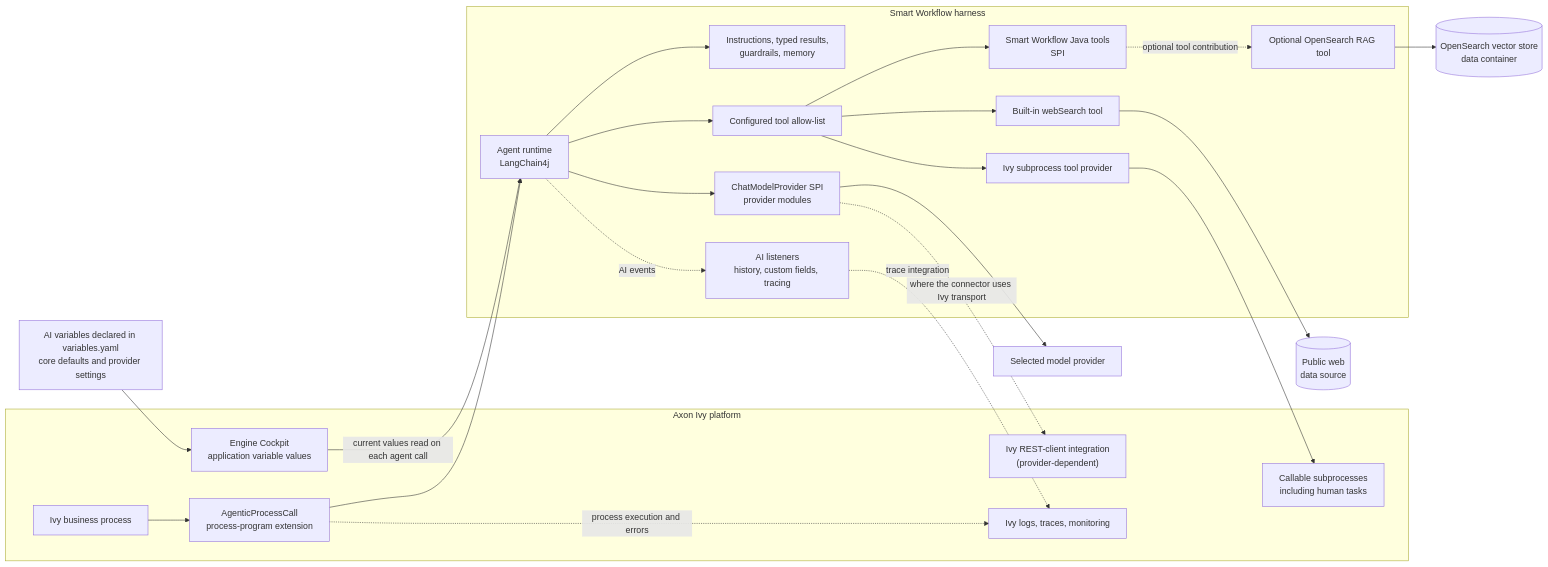
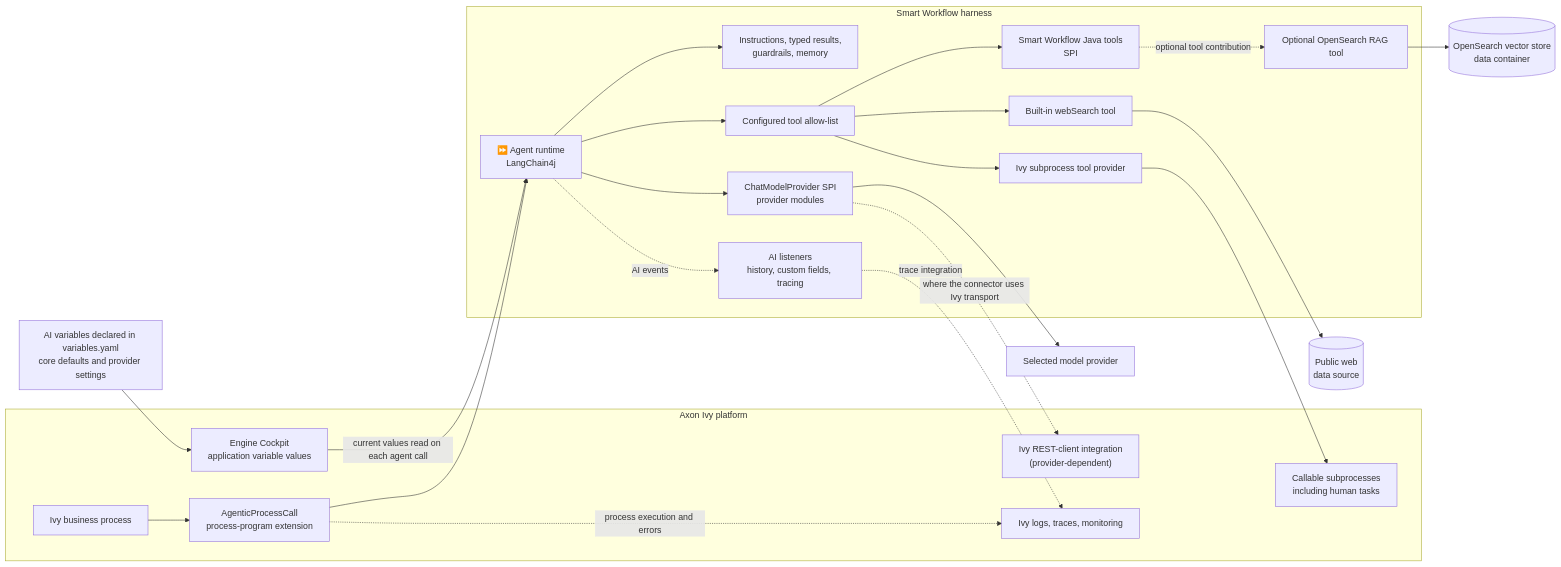
One commit to axonivy-market/smart-workflow changed the first of 5 diagrams in doc/dev/architecture/integration.md. Above: the diagram before and after it, drawn with Mermaid. The commit also changed other lines of this file, not shown here.

````diff
--- a/doc/dev/architecture/integration.md
+++ b/doc/dev/architecture/integration.md
@@ -33,42 +33,42 @@
 ```mermaid
 flowchart LR
   subgraph Ivy["Axon Ivy platform"]
     Process["Ivy business process"]
     AgentStep["AgenticProcessCall<br/>process-program extension"]
     Subprocess["Callable subprocesses<br/>including human tasks"]
     Rest["Ivy REST-client integration<br/>(provider-dependent)"]
     Ops["Ivy logs, traces, monitoring"]
     Cockpit["Engine Cockpit<br/>application variable values"]
   end
 
   subgraph SmartWorkflow["Smart Workflow harness"]
-    Runtime["Agent runtime<br/>LangChain4j"]
+    Runtime["⏩️ Agent runtime<br/>LangChain4j"]
     Constraints["Instructions, typed results,<br/>guardrails, memory"]
     ToolFilter["Configured tool allow-list"]
     IvyTools["Ivy subprocess tool provider"]
     JavaTools["Smart Workflow Java tools<br/>SPI"]
     WebSearch["Built-in webSearch tool"]
     RagTool["Optional OpenSearch RAG tool"]
     ModelSpi["ChatModelProvider SPI<br/>provider modules"]
     Listeners["AI listeners<br/>history, custom fields, tracing"]
   end
 
   VariableDefs["AI variables declared in variables.yaml<br/>core defaults and provider settings"]
   Model["Selected model provider"]
   Web[("Public web<br/>data source")]
   OpenSearch[("OpenSearch vector store<br/>data container")]
 
   Process --> AgentStep --> Runtime
   Runtime --> Constraints
   Runtime --> ToolFilter
   ToolFilter --> IvyTools --> Subprocess
   ToolFilter --> JavaTools
   ToolFilter --> WebSearch --> Web
   JavaTools -. "optional tool contribution" .-> RagTool --> OpenSearch
   Runtime --> ModelSpi --> Model
   ModelSpi -. "where the connector uses Ivy transport" .-> Rest
   Runtime -. "AI events" .-> Listeners -. "trace integration" .-> Ops
   AgentStep -. "process execution and errors" .-> Ops
   VariableDefs --> Cockpit
   Cockpit -- "current values read on each agent call" --> Runtime
 ```
````
